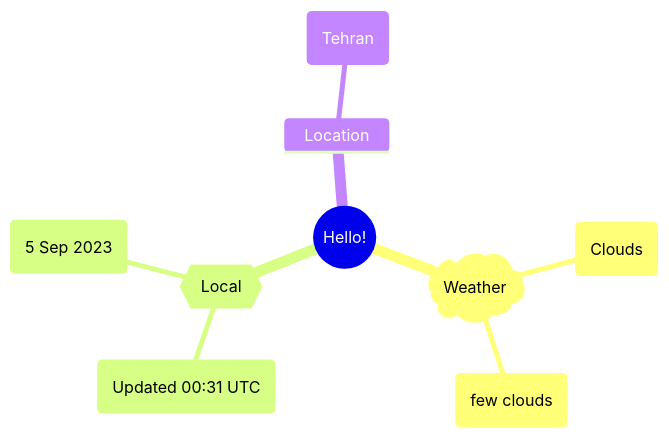
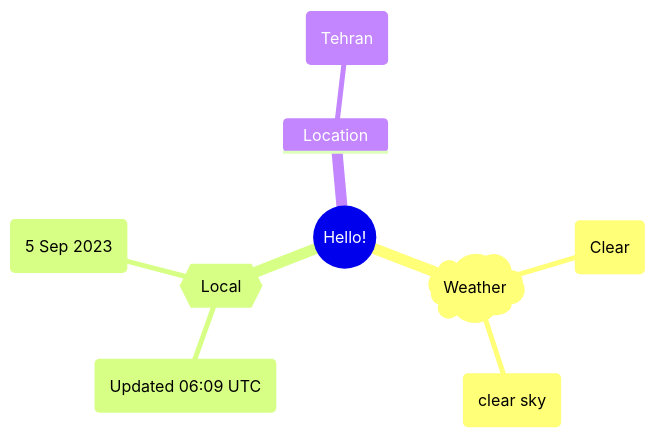
Before and after one commit to Xosrov/Xosrov: the first of 2 diagrams in README.md, drawn with Mermaid.

Commit message:
[bot] updated images

````diff
--- a/README.md
+++ b/README.md
@@ -3,12 +3,12 @@
 ```mermaid
 mindmap
   root((Hello!))
     )Weather(
-        (Clouds)
-        (few clouds)
+        (Clear)
+        (clear sky)
     {{Local}}
-        (Updated 00:31 UTC)
+        (Updated 06:09 UTC)
         (5 Sep 2023)
     Location
         (Tehran)
 ```
````
